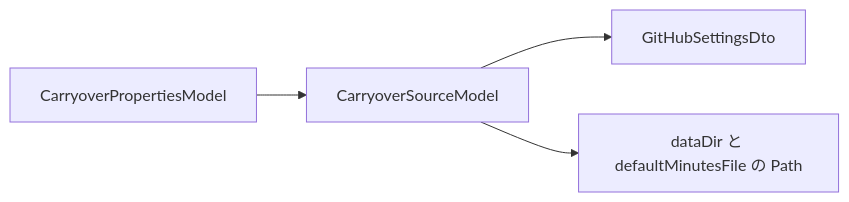
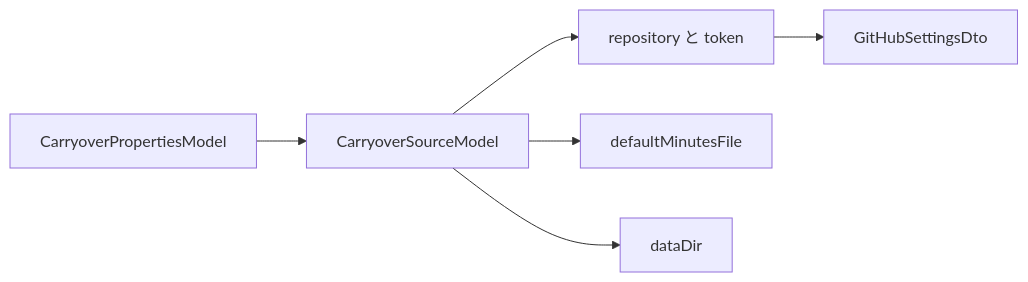
Before and after one commit to KenichiroArai/kb002_daily-tasks_doc: the first of 2 diagrams in docs/design/backend/02-data.md, drawn with Mermaid. The commit also changed other lines of this file and 4 other files, not shown here.

````diff
--- a/docs/design/backend/02-data.md
+++ b/docs/design/backend/02-data.md
@@ -39,6 +39,8 @@
 ```mermaid
 flowchart LR
   properties["CarryoverPropertiesModel"] --> source["CarryoverSourceModel"]
-  source --> settings["GitHubSettingsDto"]
-  source --> paths["dataDir と defaultMinutesFile の Path"]
+  source --> issueInit["repository と token"]
+  source --> minutesInit["defaultMinutesFile"]
+  source --> dataInit["dataDir"]
+  issueInit --> settings["GitHubSettingsDto"]
 ```
````
